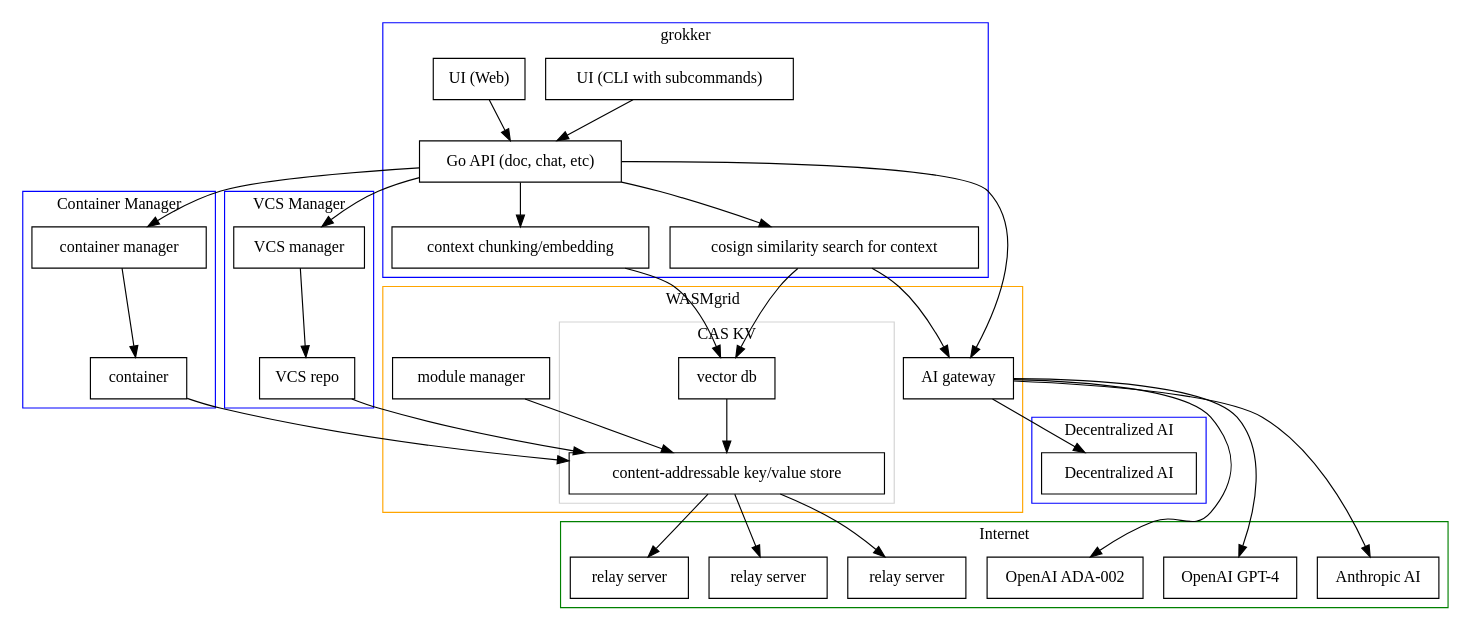
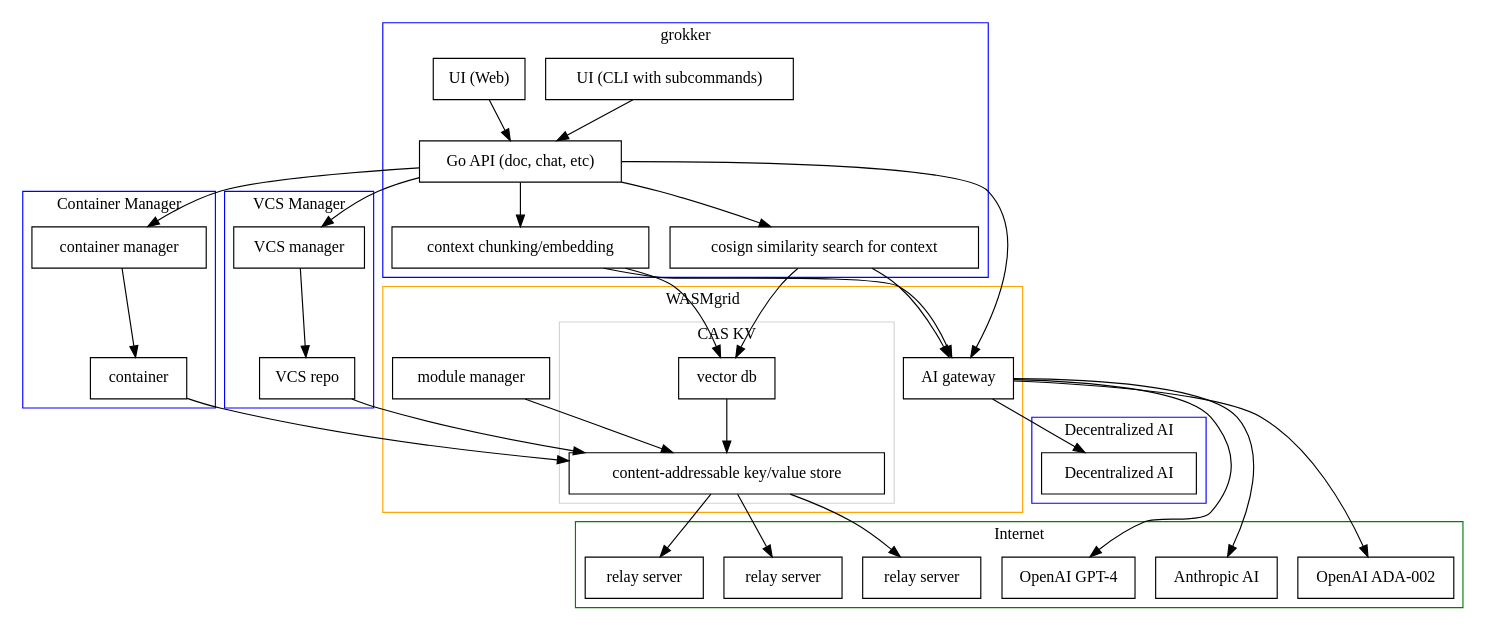
The diagram in 2024-01-09/grokker-design/roadmap.dot (ciwg/workshops), drawn with Graphviz before and after one commit. The commit also changed 1 other file, not shown here.

First paragraph of the commit message:
WIP roadmap.dot
Move nodes, create clusters, arrange objects, and add edges.

```diff
--- a/2024-01-09/grokker-design/roadmap.dot
+++ b/2024-01-09/grokker-design/roadmap.dot
@@ -1,83 +1,84 @@
 digraph G {
     node [shape=box]
 
     subgraph cluster_0 {
         label="grokker"
         color=blue
         UI_CLI [label="UI (CLI with subcommands)"]
         UI_Web [label="UI (Web)"]
         API [label="Go API (doc, chat, etc)"]
         context [label="context chunking/embedding"]
         cosign_similarity_search [label="cosign similarity search for context"]
     }
 
     subgraph cluster_1 {
         label="Container Manager";
         color=blue
         container_manager [label="container manager"]
         container [label="container"]
     }
 
     subgraph cluster_2 {
         label="VCS Manager";
         color=blue
         vcs_manager [label="VCS manager"]
         vcs_repo [label="VCS repo"]
     }
 
     subgraph cluster_3 {
         label="WASMgrid";
         color=orange
 
         ai_gateway [label="AI gateway"]
         module_manager [label="module manager"]
 
         subgraph cluster_3_1 {
             label="CAS KV";
             color=lightgrey
             vector_db [label="vector db"]
             keyvalue_db [label="content-addressable key/value store"]
         }
     }
 
     subgraph cluster_4 {
         label="Decentralized AI";
         color=blue
         decentralized_ai [label="Decentralized AI"]
     }
 
     subgraph cluster_5 {
         label="Internet";
         color=green
         relay_1 [label="relay server"]
         relay_2 [label="relay server"]
         relay_3 [label="relay server"]
         ada_002 [label="OpenAI ADA-002"]
         gpt_4 [label="OpenAI GPT-4"]
         anthropic_ai [label="Anthropic AI"]
     }
 
     UI_CLI -> API
     UI_Web -> API
     API -> context
     API -> container_manager
     API -> vcs_manager
     API -> ai_gateway
     API -> cosign_similarity_search
     context -> vector_db
+    context -> ai_gateway
     cosign_similarity_search -> vector_db
     cosign_similarity_search -> ai_gateway
     ai_gateway -> gpt_4
     ai_gateway -> ada_002
     ai_gateway -> anthropic_ai
     ai_gateway -> decentralized_ai
     vector_db -> keyvalue_db
     container_manager -> container
     container -> keyvalue_db
     vcs_manager -> vcs_repo
     vcs_repo -> keyvalue_db
     module_manager -> keyvalue_db
     keyvalue_db -> relay_1
     keyvalue_db -> relay_2
     keyvalue_db -> relay_3
 }
```
